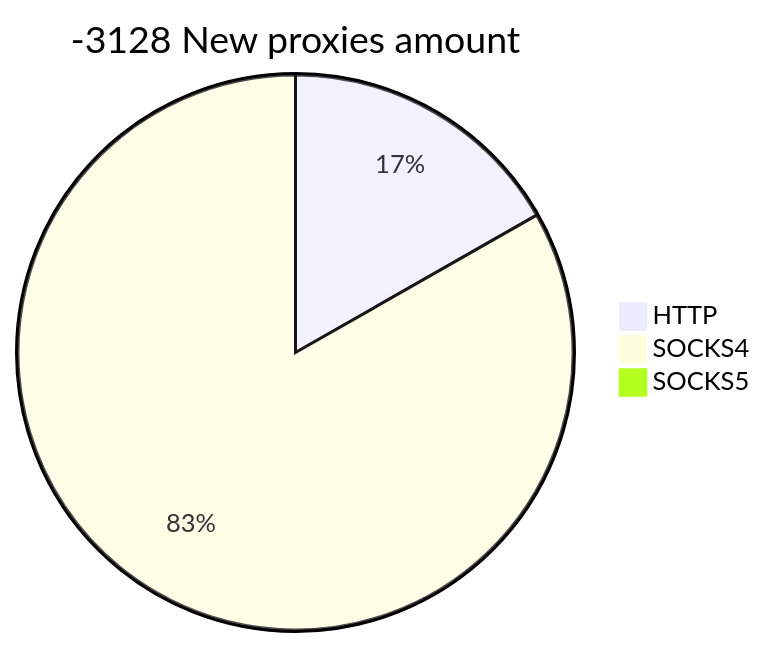
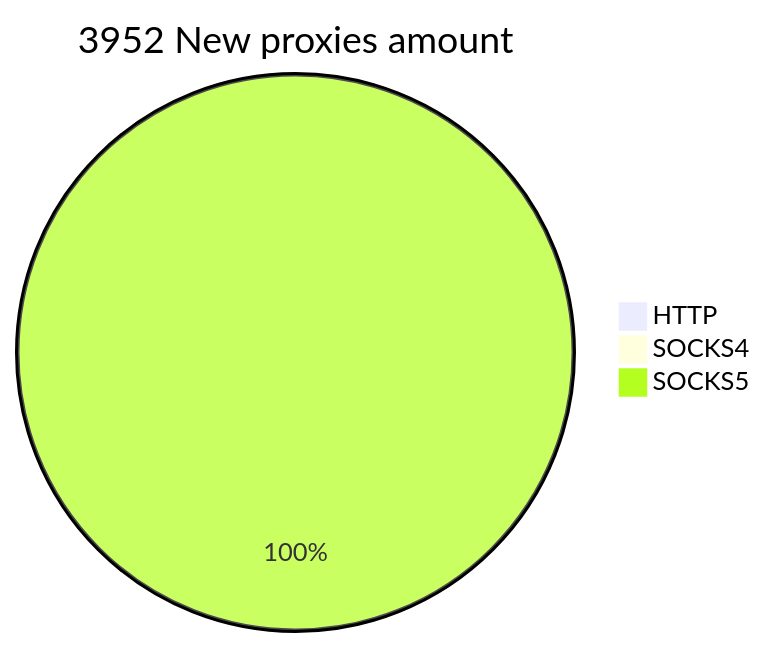
Before and after one commit to cutipu/proxylist: the second of 2 diagrams in README.md, drawn with Mermaid. The commit also changed other lines of this file, not shown here.

````diff
--- a/README.md
+++ b/README.md
@@ -10,6 +10,6 @@
 ```mermaid
-pie title -3128 New proxies amount
-    "HTTP" : 150
-    "SOCKS4" : 745
-    "SOCKS5" : 0
+pie title 3952 New proxies amount
+    "HTTP" : 0
+    "SOCKS4" : 0
+    "SOCKS5" : 3963
 ```
````
